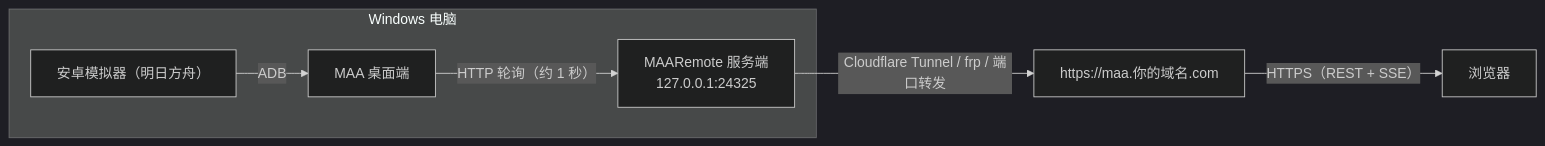
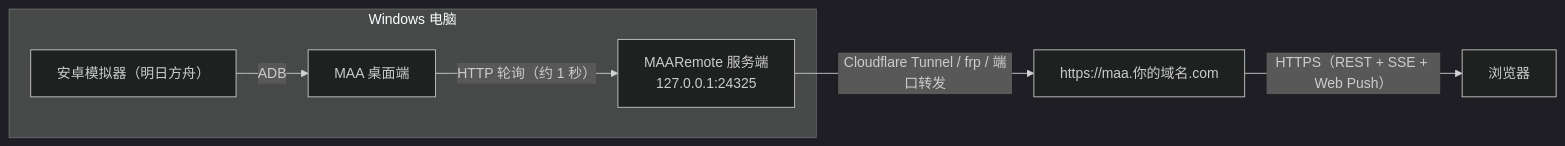
The diagram in README.md (J1mmyHuang/MAARemote), drawn with Mermaid (dark theme) before and after one commit. The commit also changed other lines of this file and 2 other files, not shown here.

````diff
--- a/README.md
+++ b/README.md
@@ -11,9 +11,9 @@
 ```mermaid
 flowchart LR
     subgraph PC["Windows 电脑"]
         EMU["安卓模拟器（明日方舟）"] -->|ADB| MAA["MAA 桌面端"]
         MAA -->|"HTTP 轮询（约 1 秒）"| SRV["MAARemote 服务端<br>127.0.0.1:24325"]
     end
     SRV -->|"Cloudflare Tunnel / frp / 端口转发"| NET["https://maa.你的域名.com"]
-    NET -->|"HTTPS（REST + SSE）"| BR["浏览器"]
+    NET -->|"HTTPS（REST + SSE + Web Push）"| BR["浏览器"]
 ```
````
